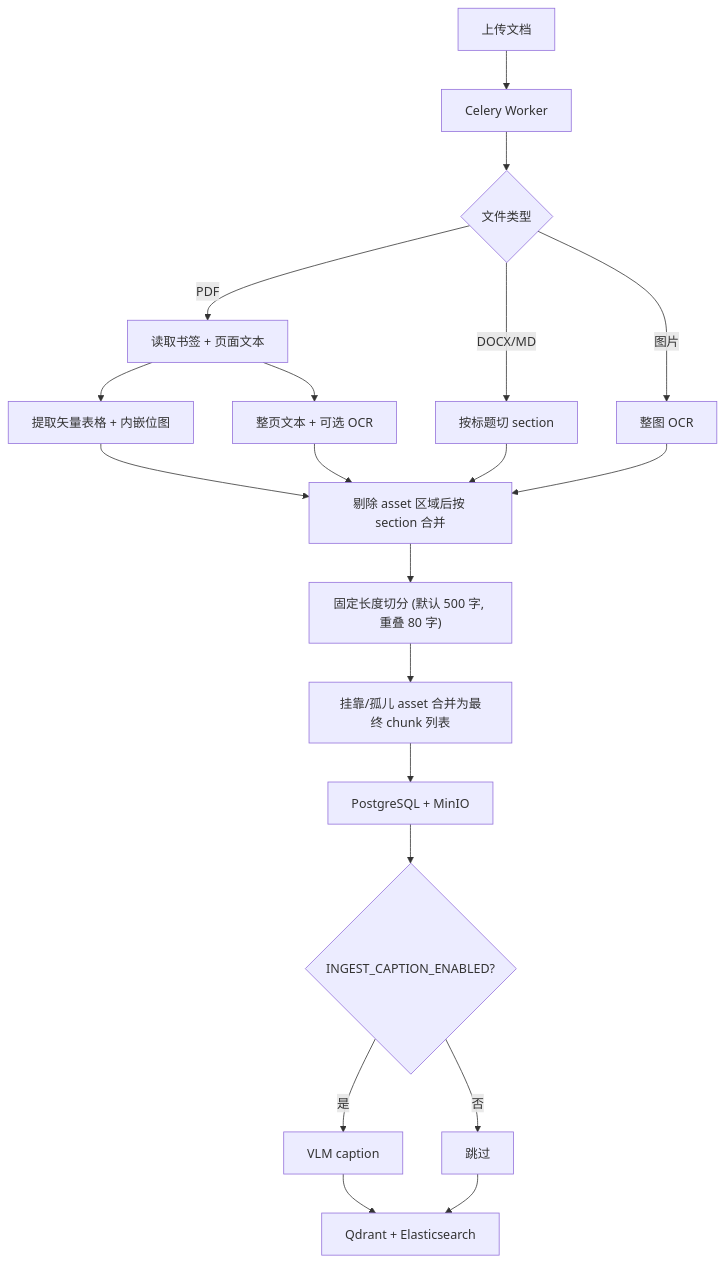
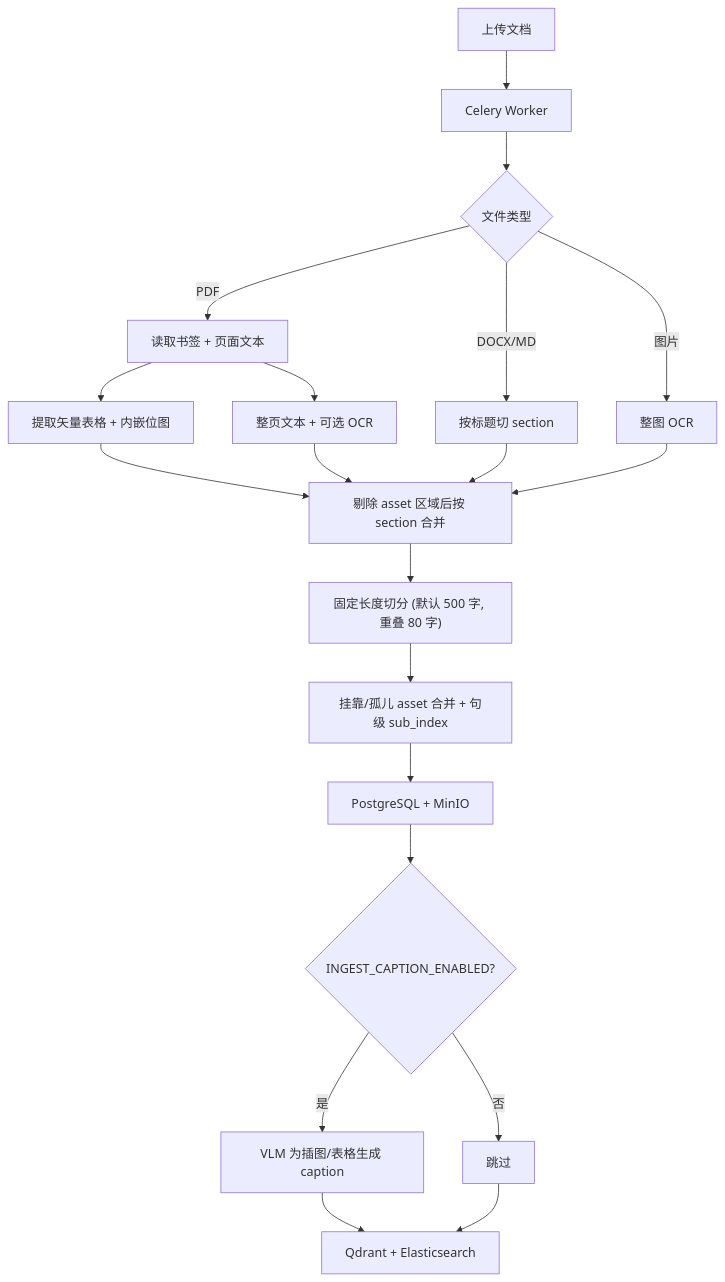
The second of 2 diagrams in README.md (zJustHow/AllDocs), drawn with Mermaid before and after one commit. The commit also changed other lines of this file and 25 other files, not shown here.

````diff
--- a/README.md
+++ b/README.md
@@ -126,22 +150,22 @@
 ```mermaid
 flowchart TD
     A[上传文档] --> B[Celery Worker]
     B --> C{文件类型}
     C -->|PDF| D[读取书签 + 页面文本]
     C -->|DOCX/MD| E[按标题切 section]
     C -->|图片| F[整图 OCR]
     D --> G[提取矢量表格 + 内嵌位图]
     D --> H[整页文本 + 可选 OCR]
     G --> I[剔除 asset 区域后按 section 合并]
     H --> I
     E --> I
     F --> I
     I --> J["固定长度切分 (默认 500 字, 重叠 80 字)"]
-    J --> K[挂靠/孤儿 asset 合并为最终 chunk 列表]
+    J --> K[挂靠/孤儿 asset 合并 + 句级 sub_index]
     K --> L[PostgreSQL + MinIO]
     L --> M{INGEST_CAPTION_ENABLED?}
-    M -->|是| N[VLM caption]
+    M -->|是| N[VLM 为插图/表格生成 caption]
     M -->|否| O[跳过]
     N --> P[Qdrant + Elasticsearch]
     O --> P
 ```
````
